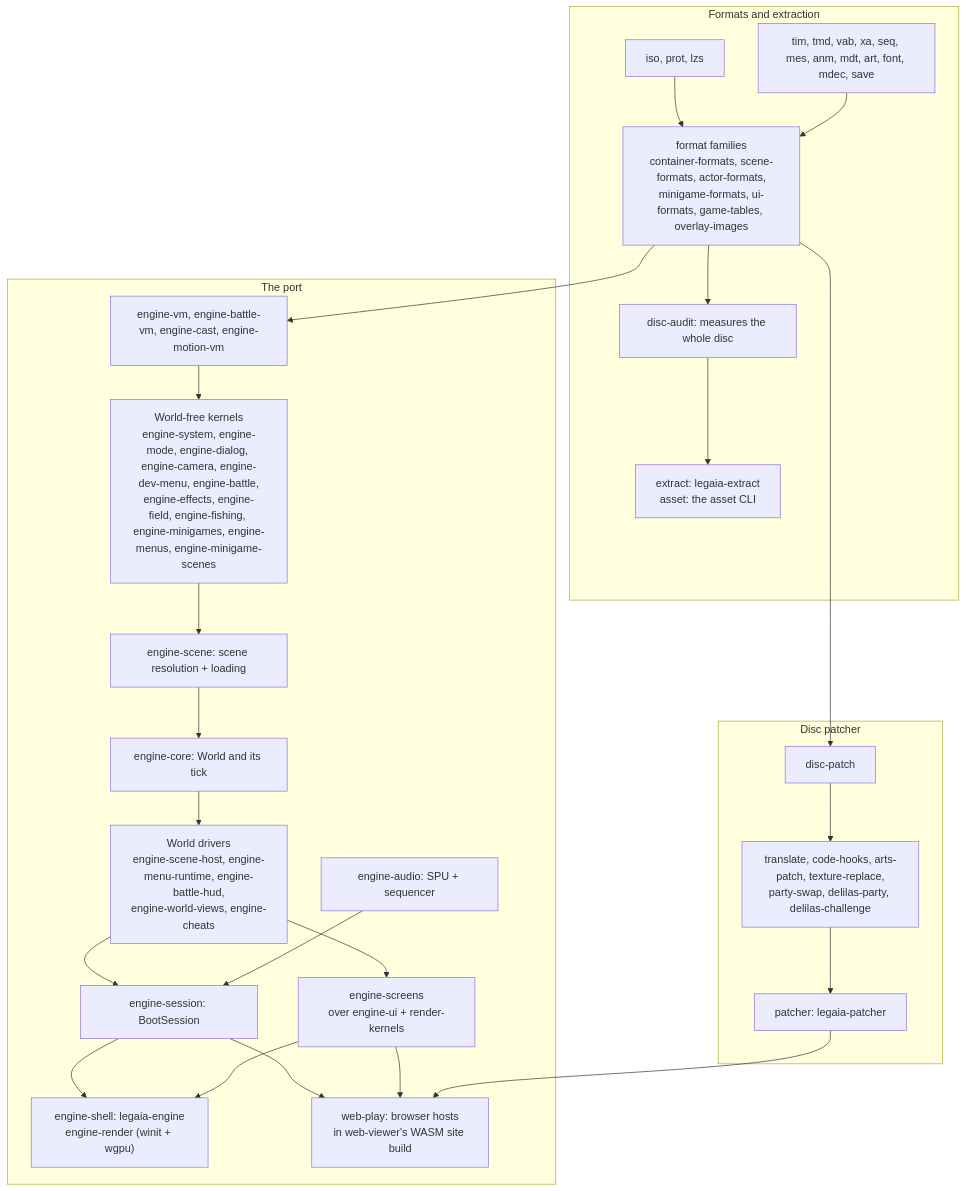
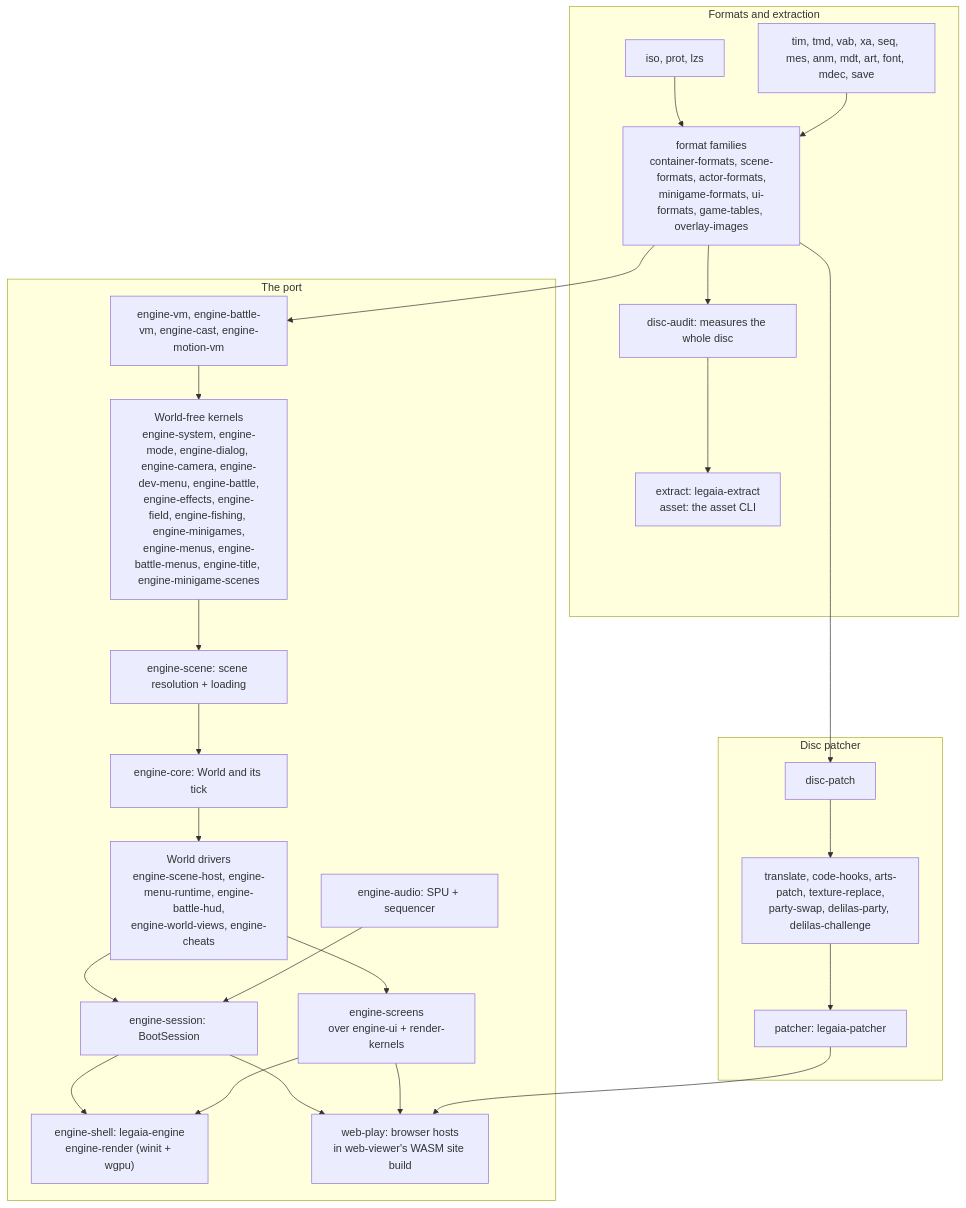
The second of 2 diagrams in docs/overview.md (AndrewAltimit/legend-of-legaia-re), drawn with Mermaid before and after one commit. The commit also changed other lines of this file and 189 other files, not shown here.

First line of the commit message:
Split the battle command picker out of engine-menus into engine-battle-menus

````diff
--- a/docs/overview.md
+++ b/docs/overview.md
@@ -80,44 +80,44 @@
 ```mermaid
 flowchart TD
     subgraph formats["Formats and extraction"]
         container["iso, prot, lzs"]
         hub["format families<br/>container-formats, scene-formats, actor-formats,<br/>minigame-formats, ui-formats, game-tables, overlay-images"]
         perfmt["tim, tmd, vab, xa, seq, mes, anm, mdt, art, font, mdec, save"]
         audit["disc-audit: measures the whole disc"]
         extract["extract: legaia-extract<br/>asset: the asset CLI"]
         container --> hub --> audit --> extract
         perfmt --> hub
     end
     subgraph port["The port"]
         vm["engine-vm, engine-battle-vm, engine-cast, engine-motion-vm"]
-        kernels["World-free kernels<br/>engine-system, engine-mode, engine-dialog, engine-camera, engine-dev-menu, engine-battle,<br/>engine-effects, engine-field, engine-fishing, engine-minigames, engine-menus, engine-minigame-scenes"]
+        kernels["World-free kernels<br/>engine-system, engine-mode, engine-dialog, engine-camera, engine-dev-menu, engine-battle,<br/>engine-effects, engine-field, engine-fishing, engine-minigames,<br/>engine-menus, engine-battle-menus, engine-title, engine-minigame-scenes"]
         scene["engine-scene: scene resolution + loading"]
         core["engine-core: World and its tick"]
         drivers["World drivers<br/>engine-scene-host, engine-menu-runtime, engine-battle-hud,<br/>engine-world-views, engine-cheats"]
         audio["engine-audio: SPU + sequencer"]
         session["engine-session: BootSession"]
         present["engine-screens<br/>over engine-ui + render-kernels"]
         native["engine-shell: legaia-engine<br/>engine-render (winit + wgpu)"]
         web["web-play: browser hosts<br/>in web-viewer's WASM site build"]
         vm --> kernels
         kernels --> scene
         scene --> core
         core --> drivers
         drivers --> session
         audio --> session
         drivers --> present
         session --> native
         session --> web
         present --> native
         present --> web
     end
     subgraph mod["Disc patcher"]
         dp["disc-patch"]
         layers["translate, code-hooks, arts-patch, texture-replace,<br/>party-swap, delilas-party, delilas-challenge"]
         patcher["patcher: legaia-patcher"]
         dp --> layers --> patcher
     end
     hub --> vm
     hub --> dp
     patcher --> web
 ```
````
